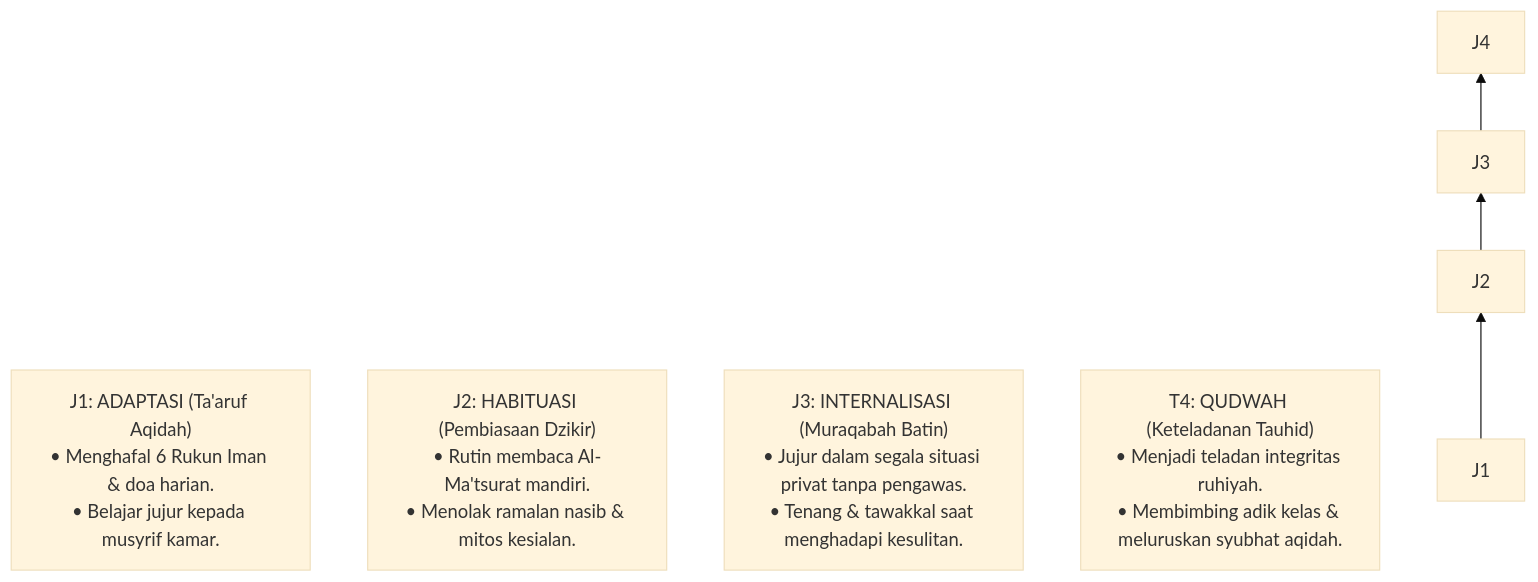
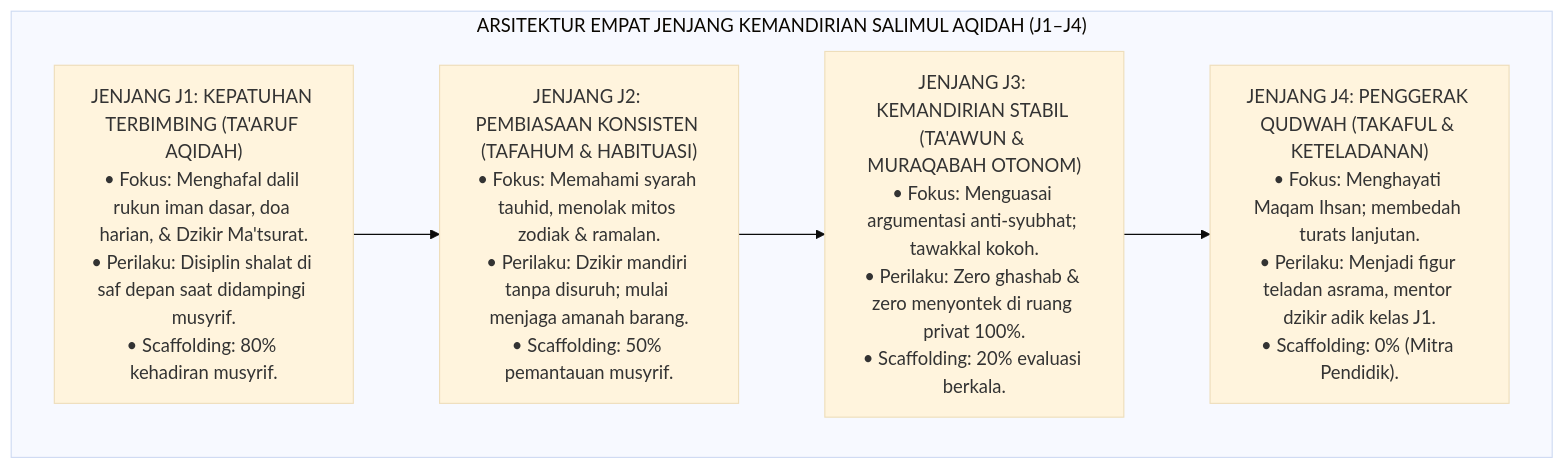
The fifth of 8 diagrams in 03 Capacity Framework/04 Salimul Aqidah/P3-04-08-Tahapan-Perkembangan-Jenjang-J1-J4.md (wandiapriliyandi/tumbuh), drawn with Mermaid (base theme) before and after one commit. The commit also changed other lines of this file, not shown here.

Commit message:
feat(capacity-framework): upgrade sub-modul 08 Salimul Aqidah (Tahapan Perkembangan J1-J4) ke standar monograf riset hibrida dialektis A+

````diff
--- a/03 Capacity Framework/04 Salimul Aqidah/P3-04-08-Tahapan-Perkembangan-Jenjang-J1-J4.md
+++ b/03 Capacity Framework/04 Salimul Aqidah/P3-04-08-Tahapan-Perkembangan-Jenjang-J1-J4.md
@@ -10,12 +168,15 @@
 ```mermaid
-graph BT
-    T1["J1: ADAPTASI (Ta'aruf Aqidah)<br/>• Menghafal 6 Rukun Iman & doa harian.<br/>• Belajar jujur kepada musyrif kamar."]
-    
-    T2["J2: HABITUASI (Pembiasaan Dzikir)<br/>• Rutin membaca Al-Ma'tsurat mandiri.<br/>• Menolak ramalan nasib & mitos kesialan."]
-    
-    T3["J3: INTERNALISASI (Muraqabah Batin)<br/>• Jujur dalam segala situasi privat tanpa pengawas.<br/>• Tenang & tawakkal saat menghadapi kesulitan."]
-    
-    T4["T4: QUDWAH (Keteladanan Tauhid)<br/>• Menjadi teladan integritas ruhiyah.<br/>• Membimbing adik kelas & meluruskan syubhat aqidah."]
-
-    J1 --> J2 --> J3 --> J4
+flowchart TD
+    subgraph ArsitekturTanggaAqidah24Jam["ARSITEKTUR EMPAT JENJANG KEMANDIRIAN SALIMUL AQIDAH (J1–J4)"]
+        
+        J1["JENJANG J1: KEPATUHAN TERBIMBING (TA'ARUF AQIDAH)<br/>• Fokus: Menghafal dalil rukun iman dasar, doa harian, & Dzikir Ma'tsurat.<br/>• Perilaku: Disiplin shalat di saf depan saat didampingi musyrif.<br/>• Scaffolding: 80% kehadiran musyrif."]
+        
+        J2["JENJANG J2: PEMBIASAAN KONSISTEN (TAFAHUM & HABITUASI)<br/>• Fokus: Memahami syarah tauhid, menolak mitos zodiak & ramalan.<br/>• Perilaku: Dzikir mandiri tanpa disuruh; mulai menjaga amanah barang.<br/>• Scaffolding: 50% pemantauan musyrif."]
+        
+        J3["JENJANG J3: KEMANDIRIAN STABIL (TA'AWUN & MURAQABAH OTONOM)<br/>• Fokus: Menguasai argumentasi anti-syubhat; tawakkal kokoh.<br/>• Perilaku: Zero ghashab & zero menyontek di ruang privat 100%.<br/>• Scaffolding: 20% evaluasi berkala."]
+        
+        J4["JENJANG J4: PENGGERAK QUDWAH (TAKAFUL & KETELADANAN)<br/>• Fokus: Menghayati Maqam Ihsan; membedah turats lanjutan.<br/>• Perilaku: Menjadi figur teladan asrama, mentor dzikir adik kelas J1.<br/>• Scaffolding: 0% (Mitra Pendidik)."]
+        
+        J1 --> J2 --> J3 --> J4
+    end
 ```
````
